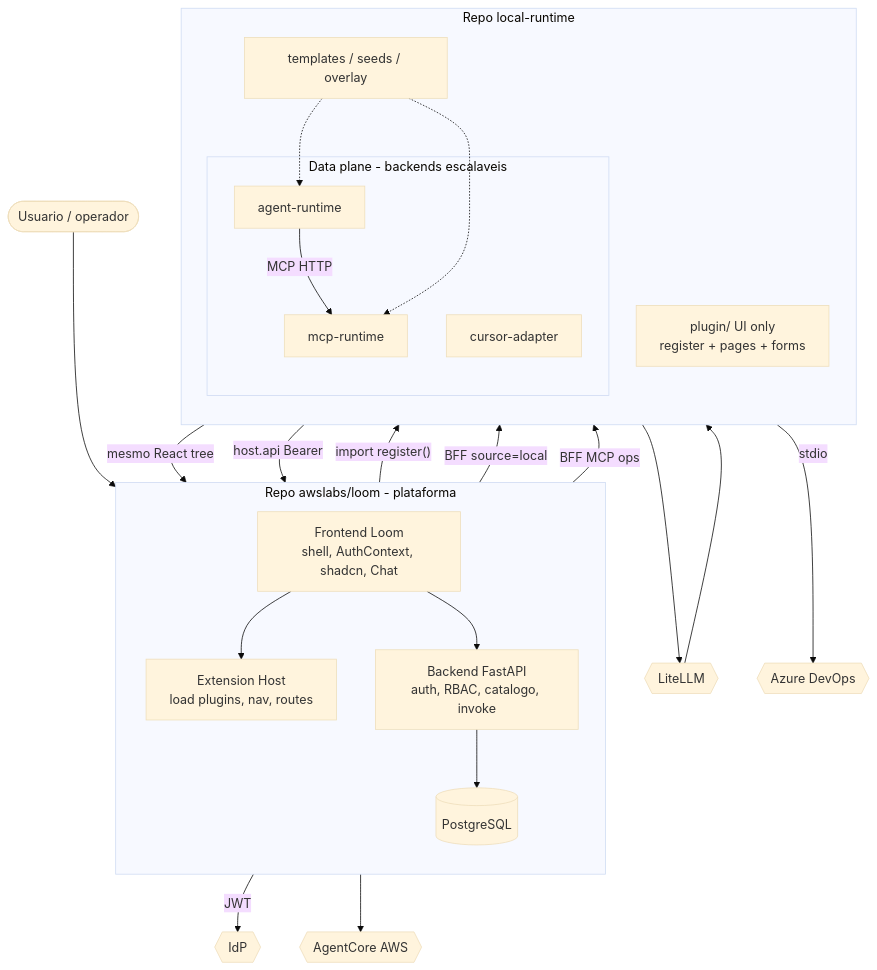
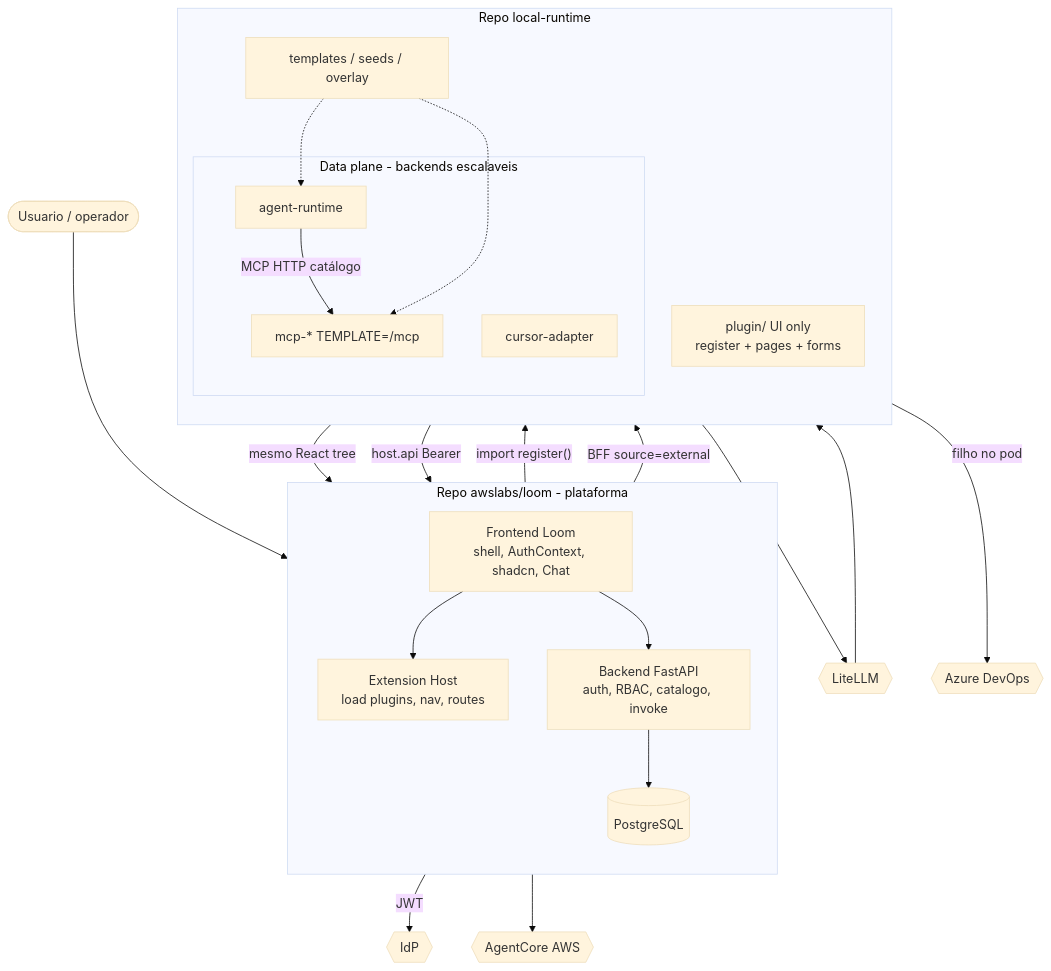
One commit to jsmesquita/loom-ext changed the first of 2 diagrams in local-runtime/docs/adr/0006-local-runtime-extension-repo.md. Above: the diagram before and after it, drawn with Mermaid (base theme). The commit also changed other lines of this file and 64 other files, not shown here.

First line of the commit message:
Isolate MCP hosts as TEMPLATE=/mcp services and drop stdio from Loom Core.

````diff
--- a/local-runtime/docs/adr/0006-local-runtime-extension-repo.md
+++ b/local-runtime/docs/adr/0006-local-runtime-extension-repo.md
@@ -198,46 +202,45 @@
 ```mermaid
 flowchart TB
   user(["Usuario / operador"])
 
   subgraph loomRepo["Repo awslabs/loom - plataforma"]
     direction TB
     fe["Frontend Loom<br/>shell, AuthContext, shadcn, Chat"]
     host["Extension Host<br/>load plugins, nav, routes"]
     be["Backend FastAPI<br/>auth, RBAC, catalogo, invoke"]
     db[("PostgreSQL")]
   end
 
   subgraph extRepo["Repo local-runtime"]
     direction TB
     plugin["plugin/ UI only<br/>register + pages + forms"]
     subgraph dataPlane["Data plane - backends escalaveis"]
       ar["agent-runtime"]
-      mr["mcp-runtime"]
+      mr["mcp-* TEMPLATE=/mcp"]
       ca["cursor-adapter"]
     end
     tpl["templates / seeds / overlay"]
   end
 
   idp{{"IdP"}}
   litellm{{"LiteLLM"}}
   ac{{"AgentCore AWS"}}
   ado{{"Azure DevOps"}}
 
   user --> fe
   fe --> host
   host -->|"import register()"| plugin
   plugin -->|"mesmo React tree"| fe
   plugin -->|"host.api Bearer"| be
   fe --> be
   be --> db
   be -->|"JWT"| idp
-  be -->|"BFF source=local"| ar
-  be -->|"BFF MCP ops"| mr
+  be -->|"BFF source=external"| ar
   ar --> litellm
   litellm --> ca
-  ar -->|"MCP HTTP"| mr
-  mr -->|"stdio"| ado
+  ar -->|"MCP HTTP catálogo"| mr
+  mr -->|"filho no pod"| ado
   be --> ac
   tpl -.-> mr
   tpl -.-> ar
 ```
````
